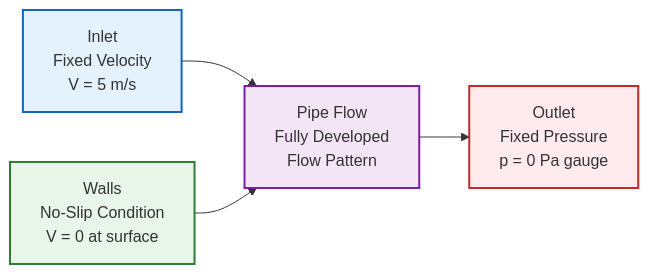
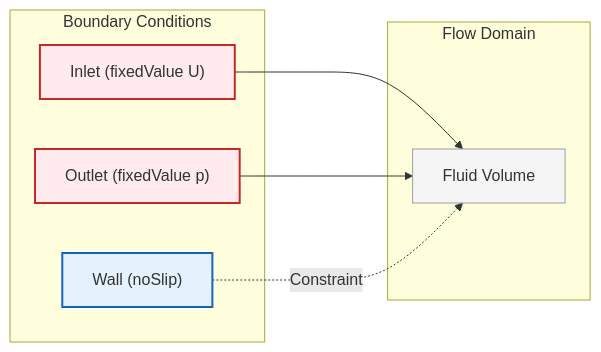
One commit to wramet/build-my-cfd changed the sixth of 6 diagrams in MODULE_01_CFD_FUNDAMENTALS/CONTENT/03_BOUNDARY_CONDITIONS/03_Selection_Guide_Which_BC_to_Use.md. Above: the diagram before and after it, drawn with Mermaid. The commit also changed other lines of this file and 313 other files, not shown here.

Commit message:
Revise all diagram

````diff
--- a/MODULE_01_CFD_FUNDAMENTALS/CONTENT/03_BOUNDARY_CONDITIONS/03_Selection_Guide_Which_BC_to_Use.md
+++ b/MODULE_01_CFD_FUNDAMENTALS/CONTENT/03_BOUNDARY_CONDITIONS/03_Selection_Guide_Which_BC_to_Use.md
@@ -1022,11 +1047,22 @@
 ```mermaid
 graph LR
-    A["Inlet<br/>Fixed Velocity<br/>V = 5 m/s"] --> B["Pipe Flow<br/>Fully Developed<br/>Flow Pattern"]
-    B --> C["Outlet<br/>Fixed Pressure<br/>p = 0 Pa gauge"]
-    D["Walls<br/>No-Slip Condition<br/>V = 0 at surface"] --> B
+%% Pipe Flow BCs
+subgraph Boundaries ["Boundary Conditions"]
+    Inlet["Inlet (fixedValue U)"]:::explicit
+    Outlet["Outlet (fixedValue p)"]:::explicit
+    Wall["Wall (noSlip)"]:::implicit
+end
 
-    style A fill:#e3f2fd,stroke:#1565c0,stroke-width:2px
-    style B fill:#f3e5f5,stroke:#7b1fa2,stroke-width:2px
-    style C fill:#ffebee,stroke:#c62828,stroke-width:2px
-    style D fill:#e8f5e9,stroke:#2e7d32,stroke-width:2px
+subgraph Flow ["Flow Domain"]
+    Pipe["Fluid Volume"]:::context
+end
+
+Inlet --> Pipe
+Outlet --> Pipe
+Wall -.->|Constraint| Pipe
+
+%% Classes
+classDef implicit fill:#e3f2fd,stroke:#1565c0,stroke-width:2px;
+classDef explicit fill:#ffebee,stroke:#c62828,stroke-width:2px;
+classDef context fill:#f5f5f5,stroke:#9e9e9e,stroke-width:1px;
 ```
````
